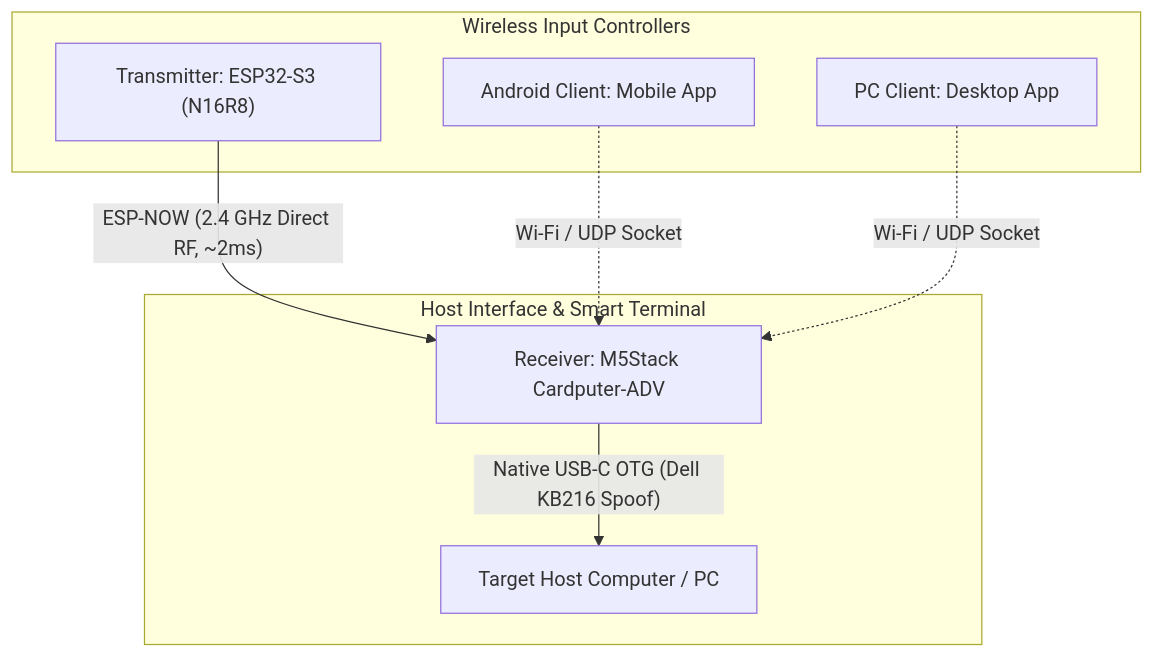
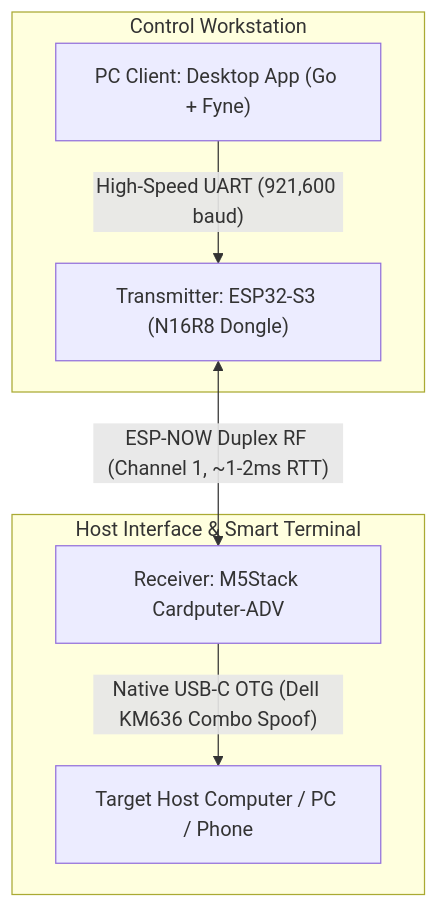
Before and after one commit to Braiden93/cardputerKVM: the diagram in README.md, drawn with Mermaid. The commit also changed other lines of this file and 5 other files, not shown here.

````diff
--- a/README.md
+++ b/README.md
@@ -7,18 +7,16 @@
 ```mermaid
 graph TD
-    subgraph Wireless Input Controllers
-        T["Transmitter: ESP32-S3 (N16R8)"]
-        A["Android Client: Mobile App"]
-        P["PC Client: Desktop App"]
+    subgraph Control Workstation
+        P["PC Client: Desktop App (Go + Fyne)"]
+        T["Transmitter: ESP32-S3 (N16R8 Dongle)"]
     end
 
     subgraph Host Interface & Smart Terminal
         R["Receiver: M5Stack Cardputer-ADV"]
-        PC["Target Host Computer / PC"]
+        PC["Target Host Computer / PC / Phone"]
     end
 
-    T -->|"ESP-NOW (2.4 GHz Direct RF, ~2ms)"| R
-    A -.->|"Wi-Fi / UDP Socket"| R
-    P -.->|"Wi-Fi / UDP Socket"| R
-    R -->|"Native USB-C OTG (Dell KB216 Spoof)"| PC
+    P -->|"High-Speed UART (921,600 baud)"| T
+    T <-->|"ESP-NOW Duplex RF (Channel 1, ~1-2ms RTT)"| R
+    R -->|"Native USB-C OTG (Dell KM636 Combo Spoof)"| PC
 ```
````
